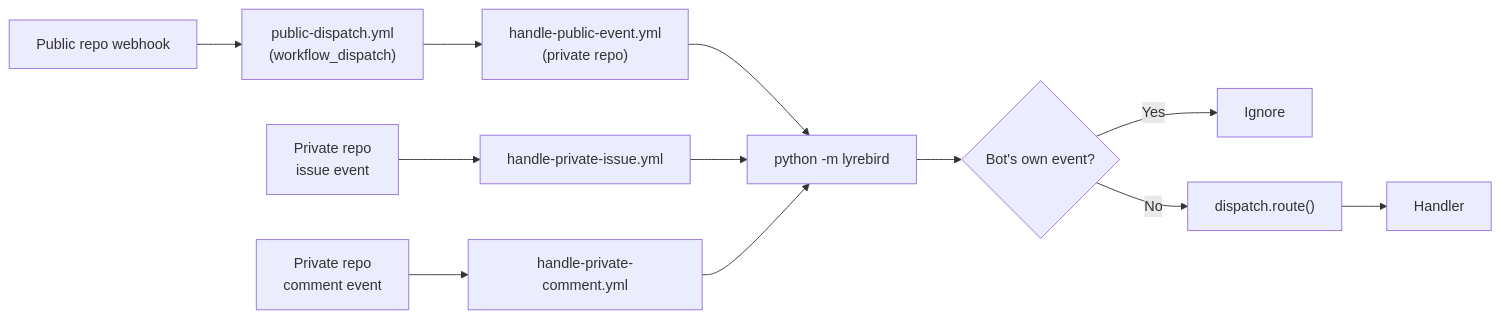
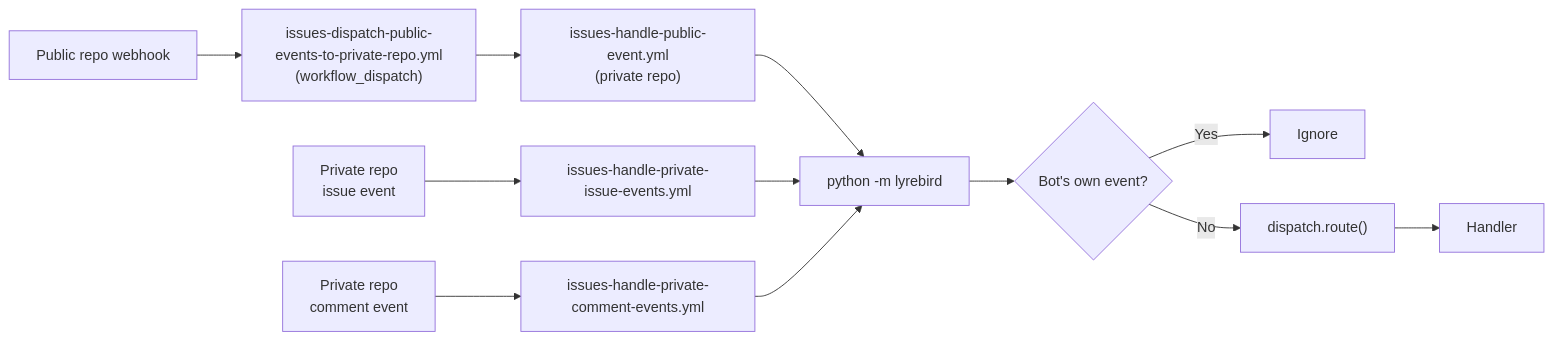
One commit to Magma-Maths/lyrebird changed the first of 16 diagrams in FLOWS.md. Above: the diagram before and after it, drawn with Mermaid. The commit also changed 13 other files, not shown here.

````diff
--- a/FLOWS.md
+++ b/FLOWS.md
@@ -9,14 +9,14 @@
 ```mermaid
 flowchart LR
-    PW["Public repo webhook"] --> PD["public-dispatch.yml<br/>(workflow_dispatch)"]
-    PD --> HPE["handle-public-event.yml<br/>(private repo)"]
+    PW["Public repo webhook"] --> PD["issues-dispatch-public-events-to-private-repo.yml<br/>(workflow_dispatch)"]
+    PD --> HPE["issues-handle-public-event.yml<br/>(private repo)"]
     HPE --> CLI["python -m lyrebird"]
-    PI["Private repo<br/>issue event"] --> HPI["handle-private-issue.yml"]
+    PI["Private repo<br/>issue event"] --> HPI["issues-handle-private-issue-events.yml"]
     HPI --> CLI
-    PC["Private repo<br/>comment event"] --> HPC["handle-private-comment.yml"]
+    PC["Private repo<br/>comment event"] --> HPC["issues-handle-private-comment-events.yml"]
     HPC --> CLI
     CLI --> LP{"Bot's own event?"}
     LP -- Yes --> IGN[Ignore]
     LP -- No --> DISP["dispatch.route()"]
     DISP --> HANDLER["Handler"]
 ```
````
